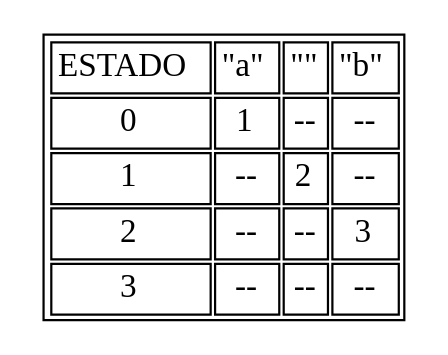
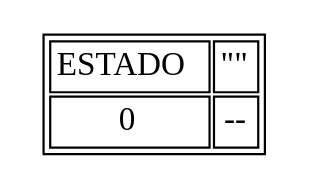
The diagram in OLC_Proyecto1_201709426/bin/Debug/tb_er1.dot (elimazariegosr/OLC1_Proyecto1_201709426), drawn with Graphviz before and after one commit. The commit also changed 99 other files, not shown here.

```diff
--- a/OLC_Proyecto1_201709426/bin/Debug/tb_er1.dot
+++ b/OLC_Proyecto1_201709426/bin/Debug/tb_er1.dot
@@ -1,29 +1,13 @@
 digraph Grafica{
 graph [ratio=fill];
 node [label="\N", fontsize=15, shape=plaintext];
 graph [bb="0,0,352,154"];arset [label=<
         <TABLE ALIGN="LEFT">
 <TR><TD>ESTADO</TD>
-<TD>"a"</TD>
 <TD>"
 "</TD>
-<TD>"b"</TD>
 </TR><TR><TD>0</TD>
-<TD>1</TD>
-<TD>--</TD>
-<TD>--</TD>
-</TR><TR><TD>1</TD>
-<TD>--</TD>
-<TD>2</TD>
-<TD>--</TD>
-</TR><TR><TD>2</TD>
-<TD>--</TD>
-<TD>--</TD>
-<TD>3</TD>
-</TR><TR><TD>3</TD>
-<TD>--</TD>
-<TD>--</TD>
 <TD>--</TD>
 </TR></TABLE>
 >,];
 }
```
